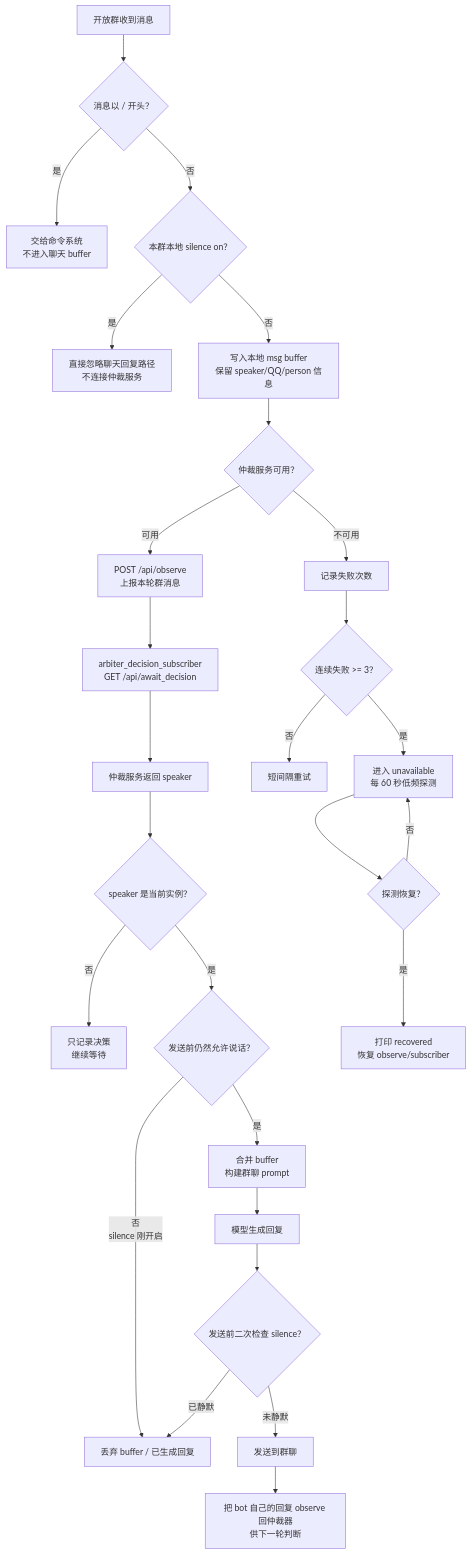
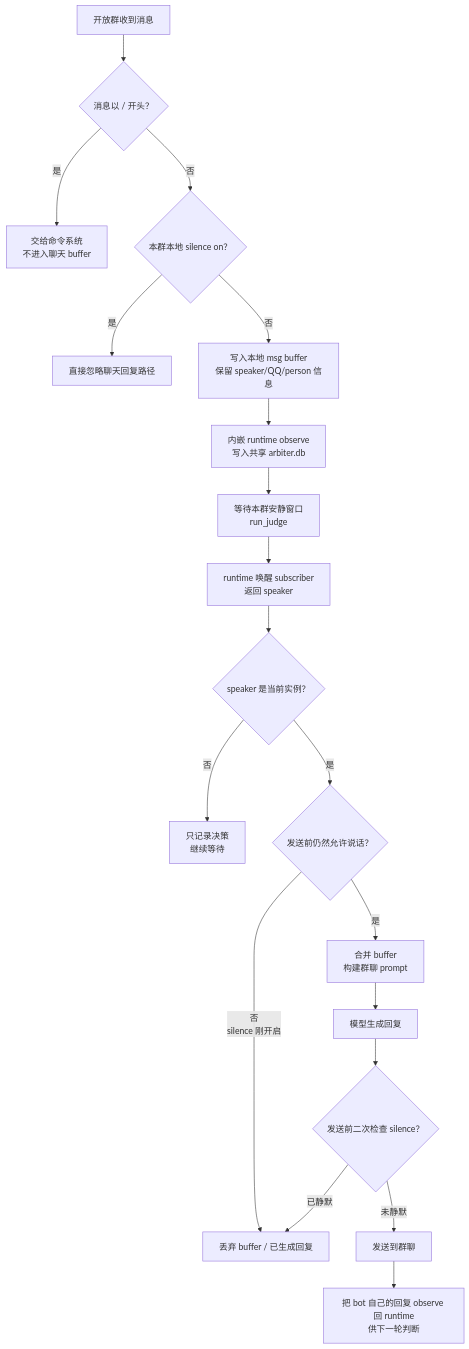
The third of 3 diagrams in README.md (milkmilki/PuPuBot), drawn with Mermaid before and after one commit. The commit also changed other lines of this file and 23 other files, not shown here.

Commit message:
refactor: embed open group arbiter runtime

````diff
--- a/README.md
+++ b/README.md
@@ -168,29 +167,21 @@
 ```mermaid
 flowchart TD
     A["开放群收到消息"] --> B{"消息以 / 开头？"}
     B -- "是" --> C["交给命令系统<br/>不进入聊天 buffer"]
     B -- "否" --> D{"本群本地 silence on？"}
-    D -- "是" --> E["直接忽略聊天回复路径<br/>不连接仲裁服务"]
+    D -- "是" --> E["直接忽略聊天回复路径"]
     D -- "否" --> F["写入本地 msg buffer<br/>保留 speaker/QQ/person 信息"]
-    F --> G{"仲裁服务可用？"}
-    G -- "可用" --> H["POST /api/observe<br/>上报本轮群消息"]
-    H --> I["arbiter_decision_subscriber<br/>GET /api/await_decision"]
-    I --> J["仲裁服务返回 speaker"]
+    F --> H["内嵌 runtime observe<br/>写入共享 arbiter.db"]
+    H --> I["等待本群安静窗口<br/>run_judge"]
+    I --> J["runtime 唤醒 subscriber<br/>返回 speaker"]
     J --> K{"speaker 是当前实例？"}
     K -- "否" --> L["只记录决策<br/>继续等待"]
     K -- "是" --> M{"发送前仍然允许说话？"}
     M -- "否<br/>silence 刚开启" --> N["丢弃 buffer / 已生成回复"]
     M -- "是" --> O["合并 buffer<br/>构建群聊 prompt"]
     O --> P["模型生成回复"]
     P --> Q{"发送前二次检查 silence？"}
     Q -- "已静默" --> N
     Q -- "未静默" --> R["发送到群聊"]
-    R --> S["把 bot 自己的回复 observe 回仲裁器<br/>供下一轮判断"]
-    G -- "不可用" --> T["记录失败次数"]
-    T --> U{"连续失败 >= 3？"}
-    U -- "否" --> V["短间隔重试"]
-    U -- "是" --> W["进入 unavailable<br/>每 60 秒低频探测"]
-    W --> X{"探测恢复？"}
-    X -- "否" --> W
-    X -- "是" --> Y["打印 recovered<br/>恢复 observe/subscriber"]
+    R --> S["把 bot 自己的回复 observe 回 runtime<br/>供下一轮判断"]
 ```
````
